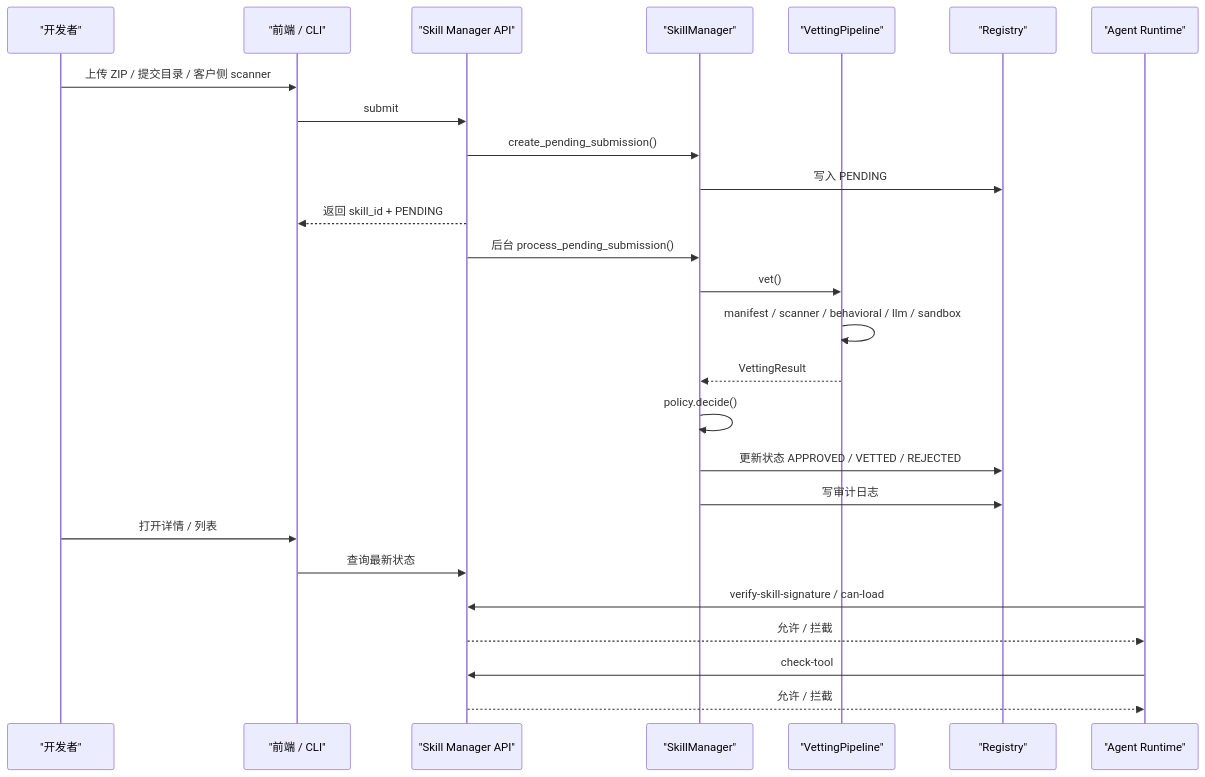
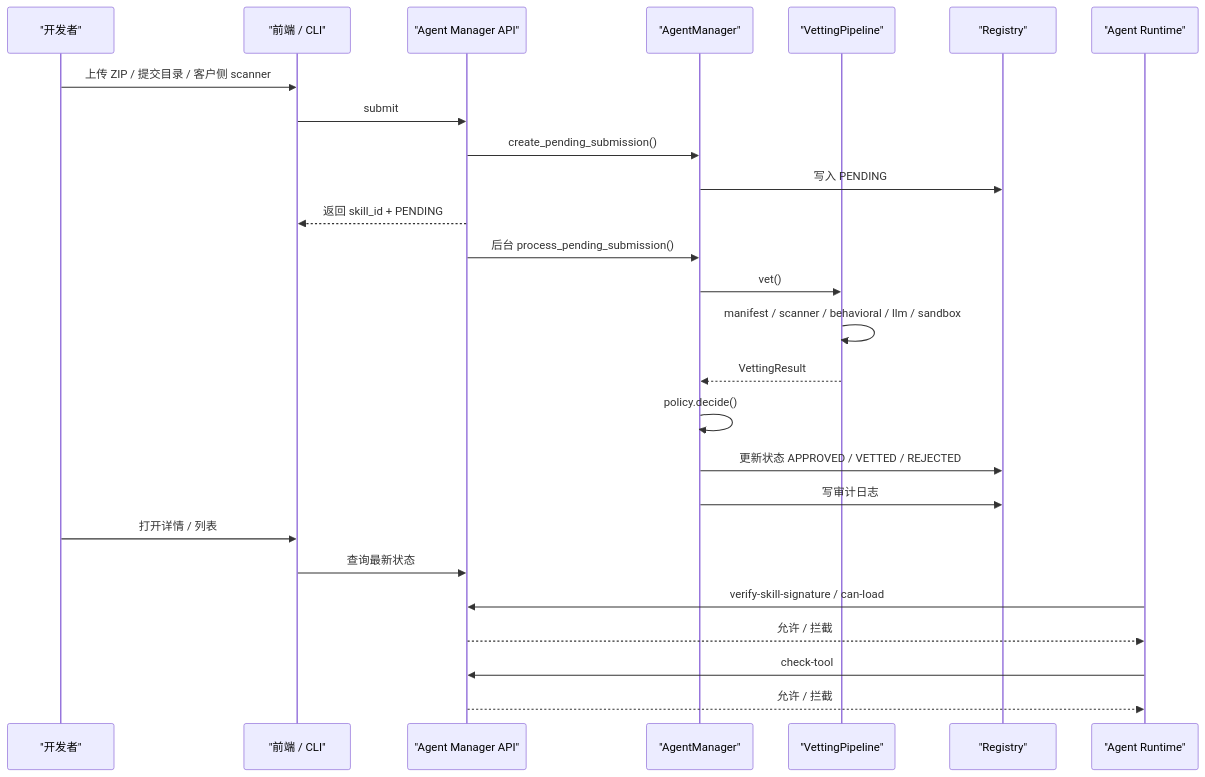
Before and after one commit to HuangLuGuang/skill-manager: the second of 5 diagrams in docs/project-guide.md, drawn with Mermaid. The commit also changed other lines of this file and 141 other files, not shown here.

First line of the commit message:
refactor: 重命名项目为 Agent Manager，更新前端文案和交互

````diff
--- a/docs/project-guide.md
+++ b/docs/project-guide.md
@@ -197,32 +197,32 @@
 ```mermaid
 sequenceDiagram
     participant Dev as "开发者"
     participant UI as "前端 / CLI"
-    participant API as "Skill Manager API"
-    participant Mgr as "SkillManager"
+    participant API as "Agent Manager API"
+    participant Mgr as "AgentManager"
     participant Vet as "VettingPipeline"
     participant Reg as "Registry"
     participant Agent as "Agent Runtime"
 
     Dev->>UI: 上传 ZIP / 提交目录 / 客户侧 scanner
     UI->>API: submit
     API->>Mgr: create_pending_submission()
     Mgr->>Reg: 写入 PENDING
     API-->>UI: 返回 skill_id + PENDING
 
     API->>Mgr: 后台 process_pending_submission()
     Mgr->>Vet: vet()
     Vet->>Vet: manifest / scanner / behavioral / llm / sandbox
     Vet-->>Mgr: VettingResult
     Mgr->>Mgr: policy.decide()
     Mgr->>Reg: 更新状态 APPROVED / VETTED / REJECTED
     Mgr->>Reg: 写审计日志
 
     Dev->>UI: 打开详情 / 列表
     UI->>API: 查询最新状态
 
     Agent->>API: verify-skill-signature / can-load
     API-->>Agent: 允许 / 拦截
     Agent->>API: check-tool
     API-->>Agent: 允许 / 拦截
 ```
````
